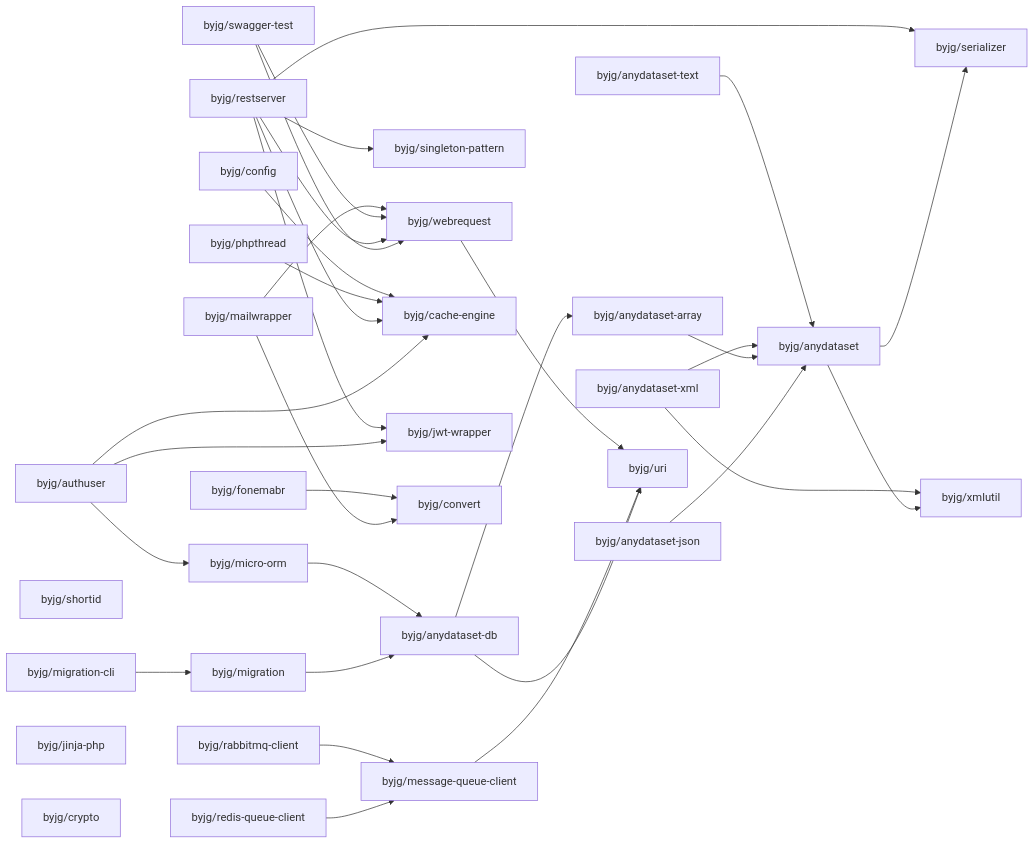
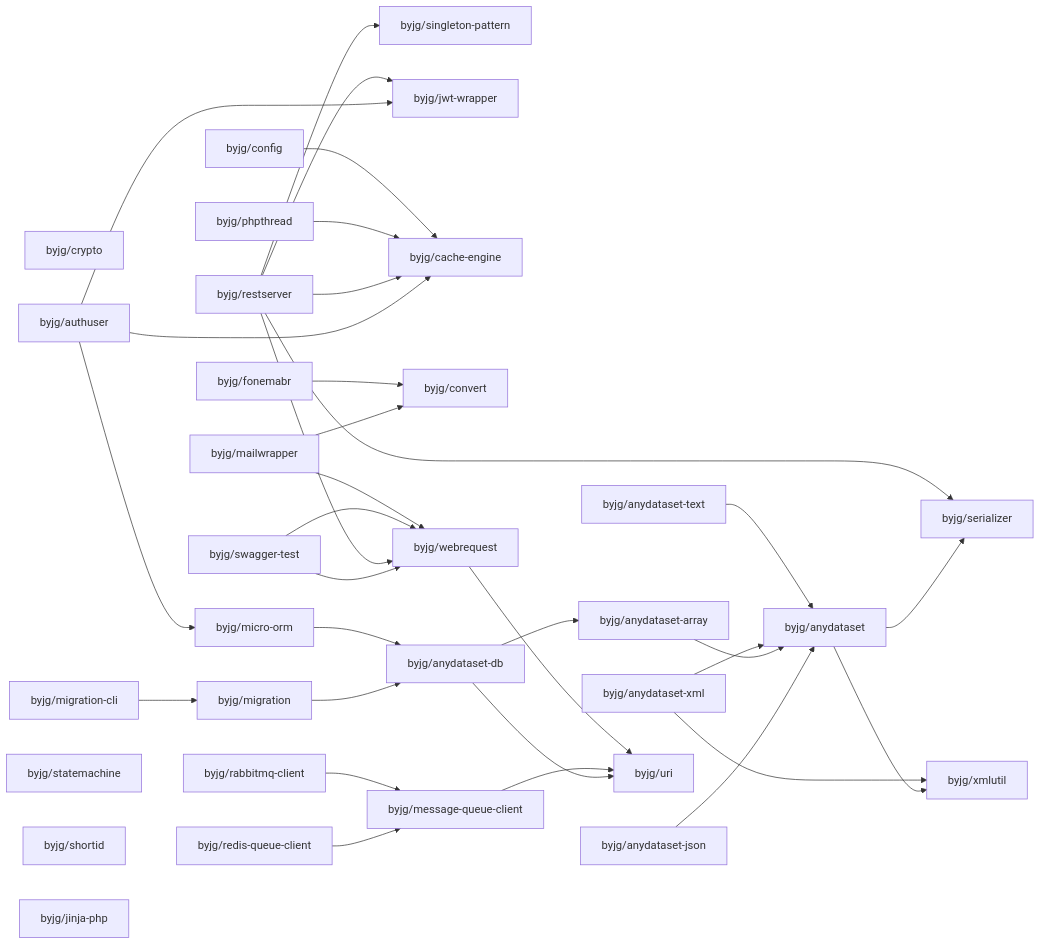
The diagram in php/README.md (byjg/byjg.github.io), drawn with Mermaid before and after one commit. The commit also changed 1 other file, not shown here.

Commit message:
Update documentation 'php' 'php-statemachine'

````diff
--- a/php/README.md
+++ b/php/README.md
@@ -3,64 +3,65 @@
 ```mermaid
 graph LR;
+  byjg/restserver;
+  byjg/redis-queue-client;
+  byjg/crypto;
+  byjg/anydataset-xml;
+  byjg/anydataset-text;
+  byjg/authuser;
+  byjg/fonemabr;
   byjg/config;
+  byjg/phpthread;
+  byjg/mailwrapper;
+  byjg/swagger-test;
+  byjg/migration-cli;
+  byjg/statemachine;
   byjg/rabbitmq-client;
-  byjg/redis-queue-client;
-  byjg/swagger-test;
-  byjg/anydataset-text;
-  byjg/restserver;
-  byjg/mailwrapper;
-  byjg/phpthread;
-  byjg/authuser;
   byjg/shortid;
-  byjg/fonemabr;
+  byjg/jinja-php;
   byjg/anydataset-json;
-  byjg/migration-cli;
-  byjg/jinja-php;
-  byjg/anydataset-xml;
-  byjg/crypto;
+  byjg/singleton-pattern;
+  byjg/micro-orm;
+  byjg/jwt-wrapper;
+  byjg/cache-engine;
+  byjg/convert;
+  byjg/webrequest;
+  byjg/migration;
   byjg/message-queue-client;
-  byjg/singleton-pattern;
-  byjg/webrequest;
-  byjg/micro-orm;
-  byjg/cache-engine;
-  byjg/jwt-wrapper;
-  byjg/convert;
-  byjg/migration;
   byjg/anydataset-db;
   byjg/anydataset-array;
   byjg/uri;
   byjg/anydataset;
   byjg/serializer;
   byjg/xmlutil;
   byjg/fonemabr --> byjg/convert;
   byjg/config --> byjg/cache-engine;
   byjg/anydataset-text --> byjg/anydataset;
   byjg/webrequest --> byjg/uri;
   byjg/rabbitmq-client --> byjg/message-queue-client;
   byjg/micro-orm --> byjg/anydataset-db;
   byjg/phpthread --> byjg/cache-engine;
   byjg/anydataset-xml --> byjg/anydataset;
   byjg/anydataset-xml --> byjg/xmlutil;
   byjg/anydataset-array --> byjg/anydataset;
   byjg/mailwrapper --> byjg/convert;
   byjg/mailwrapper --> byjg/webrequest;
   byjg/message-queue-client --> byjg/uri;
   byjg/anydataset-db --> byjg/anydataset-array;
   byjg/anydataset-db --> byjg/uri;
   byjg/anydataset-json --> byjg/anydataset;
   byjg/migration --> byjg/anydataset-db;
   byjg/swagger-test --> byjg/webrequest;
   byjg/redis-queue-client --> byjg/message-queue-client;
   byjg/restserver --> byjg/serializer;
   byjg/restserver --> byjg/singleton-pattern;
   byjg/restserver --> byjg/cache-engine;
   byjg/restserver --> byjg/webrequest;
   byjg/restserver --> byjg/jwt-wrapper;
   byjg/authuser --> byjg/micro-orm;
   byjg/authuser --> byjg/cache-engine;
   byjg/authuser --> byjg/jwt-wrapper;
   byjg/swagger-test --> byjg/webrequest;
   byjg/migration-cli --> byjg/migration;
   byjg/anydataset --> byjg/serializer;
   byjg/anydataset --> byjg/xmlutil;
 ```
````
